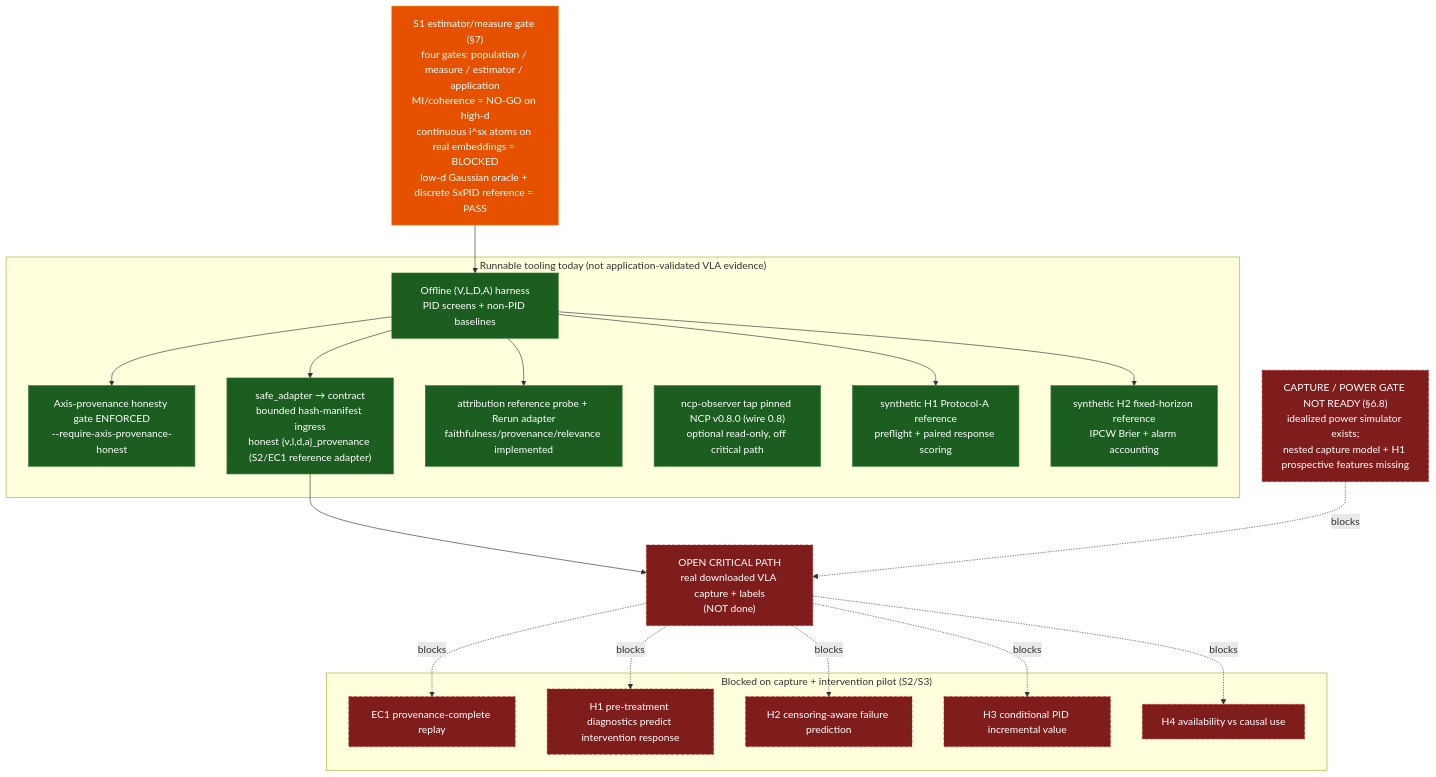
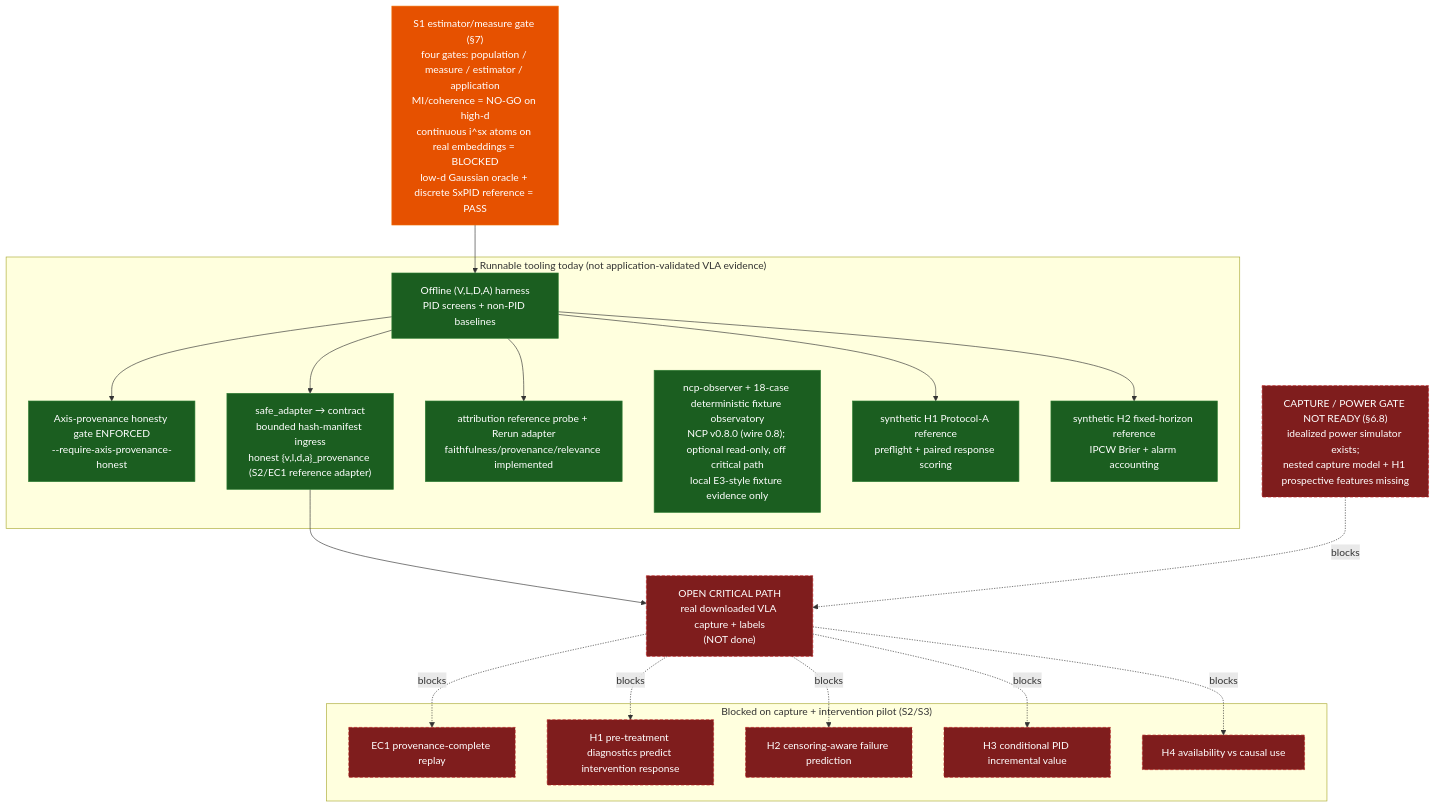
The first of 18 diagrams in DIAGRAMS.md (sepahead/prisoma), drawn with Mermaid before and after one commit. The commit also changed 16 other files, not shown here.

Commit message:
feat(observer): add deterministic NCP fault observatory

````diff
--- a/DIAGRAMS.md
+++ b/DIAGRAMS.md
@@ -24,38 +24,38 @@
 ```mermaid
 flowchart TD
     classDef run fill:#1b5e20,stroke:#2e7d32,color:#fff;
     classDef gate fill:#e65100,stroke:#ef6c00,color:#fff;
     classDef blocked fill:#7f1d1d,stroke:#b71c1c,color:#fff,stroke-dasharray:5 3;
 
     S1["S1 estimator/measure gate (§7)<br/>four gates: population / measure / estimator / application<br/>MI/coherence = NO-GO on high-d<br/>continuous i^sx atoms on real embeddings = BLOCKED<br/>low-d Gaussian oracle + discrete SxPID reference = PASS"]:::gate
 
     subgraph Today["Runnable tooling today (not application-validated VLA evidence)"]
         Harness["Offline (V,L,D,A) harness<br/>PID screens + non-PID baselines"]:::run
         ProvGate["Axis-provenance honesty gate ENFORCED<br/>--require-axis-provenance-honest"]:::run
         Adapter["safe_adapter → contract<br/>bounded hash-manifest ingress<br/>honest {v,l,d,a}_provenance (S2/EC1 reference adapter)"]:::run
         Attr["attribution reference probe + Rerun adapter<br/>faithfulness/provenance/relevance implemented"]:::run
-        Obs["ncp-observer tap pinned NCP v0.8.0 (wire 0.8)<br/>optional read-only, off critical path"]:::run
+        Obs["ncp-observer + 18-case deterministic fixture observatory<br/>NCP v0.8.0 (wire 0.8); optional read-only, off critical path<br/>local E3-style fixture evidence only"]:::run
         H1Ref["synthetic H1 Protocol-A reference<br/>preflight + paired response scoring"]:::run
         H2Ref["synthetic H2 fixed-horizon reference<br/>IPCW Brier + alarm accounting"]:::run
     end
 
     Power["CAPTURE / POWER GATE NOT READY (§6.8)<br/>idealized power simulator exists;<br/>nested capture model + H1 prospective features missing"]:::blocked
     Capture["OPEN CRITICAL PATH<br/>real downloaded VLA capture + labels<br/>(NOT done)"]:::blocked
 
     subgraph Blocked["Blocked on capture + intervention pilot (S2/S3)"]
         EC1["EC1 provenance-complete replay"]:::blocked
         H1["H1 pre-treatment diagnostics predict intervention response"]:::blocked
         H2["H2 censoring-aware failure prediction"]:::blocked
         H3["H3 conditional PID incremental value"]:::blocked
         H4["H4 availability vs causal use"]:::blocked
     end
 
     S1 --> Harness
     Harness --> ProvGate
     Harness --> Adapter
     Harness --> Attr
     Harness --> H1Ref & H2Ref
     Adapter --> Capture
     Power -. blocks .-> Capture
     Capture -. blocks .-> EC1 & H1 & H2 & H3 & H4
 ```
````
